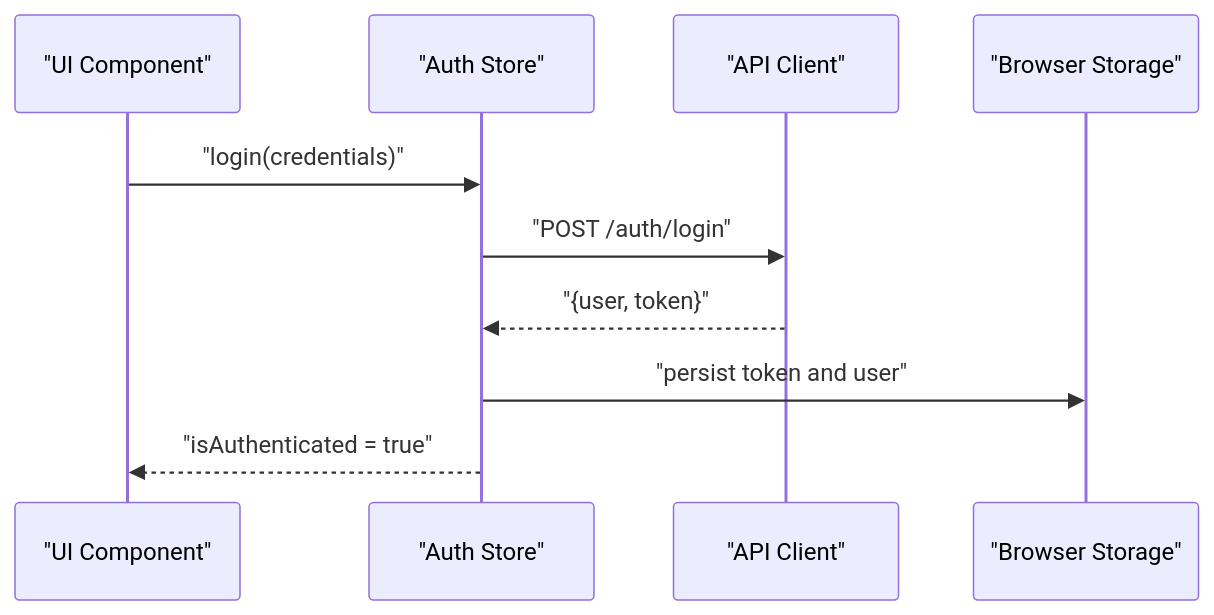
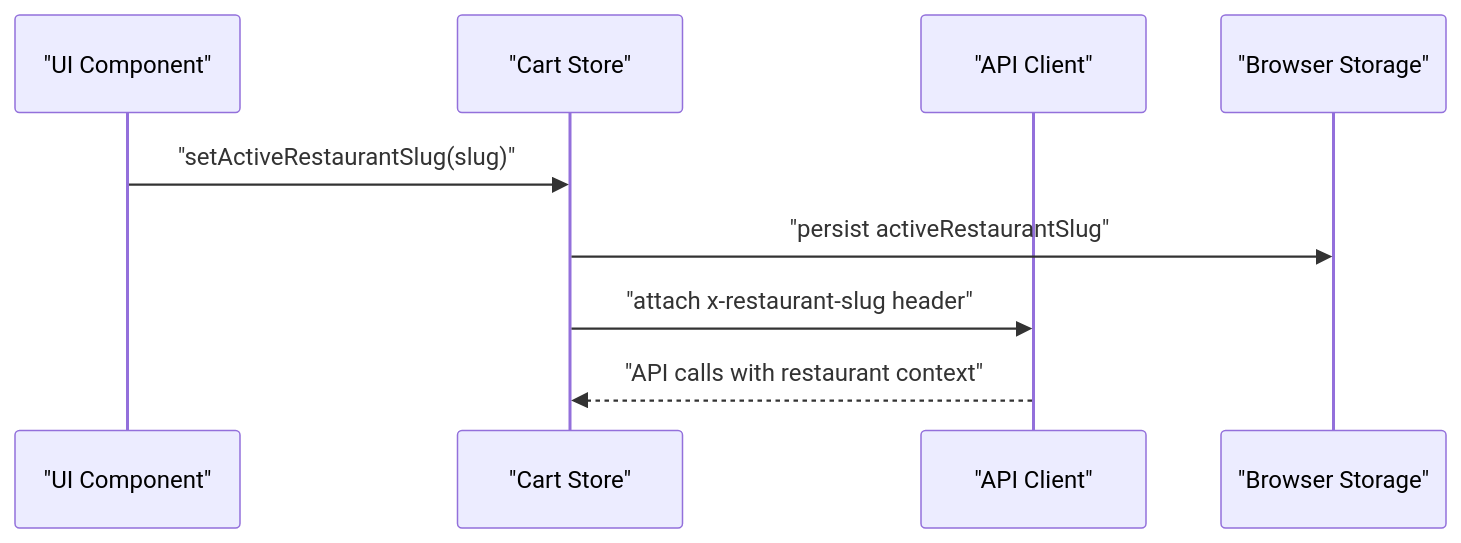
The second of 7 diagrams in .qoder/repowiki/en/content/Frontend System/State Management.md (Dequeue-Tech/DeQ-Bite), drawn with Mermaid before and after one commit. The commit also changed other lines of this file and 25 other files, not shown here.

````diff
--- a/.qoder/repowiki/en/content/Frontend System/State Management.md
+++ b/.qoder/repowiki/en/content/Frontend System/State Management.md
@@ -114,12 +126,11 @@
 ```mermaid
 sequenceDiagram
 participant UI as "UI Component"
-participant Auth as "Auth Store"
+participant Cart as "Cart Store"
 participant API as "API Client"
 participant Storage as "Browser Storage"
-UI->>Auth : "login(credentials)"
-Auth->>API : "POST /auth/login"
-API-->>Auth : "{user, token}"
-Auth->>Storage : "persist token and user"
-Auth-->>UI : "isAuthenticated = true"
+UI->>Cart : "setActiveRestaurantSlug(slug)"
+Cart->>Storage : "persist activeRestaurantSlug"
+Cart->>API : "attach x-restaurant-slug header"
+API-->>Cart : "API calls with restaurant context"
 ```
````
